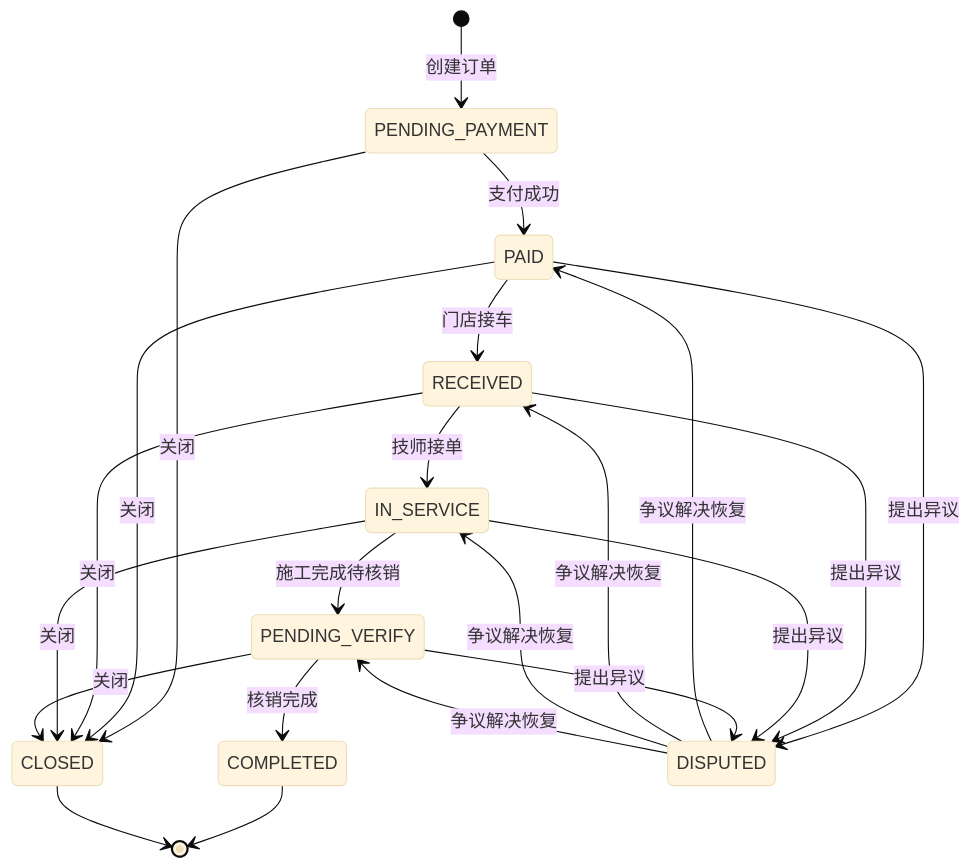
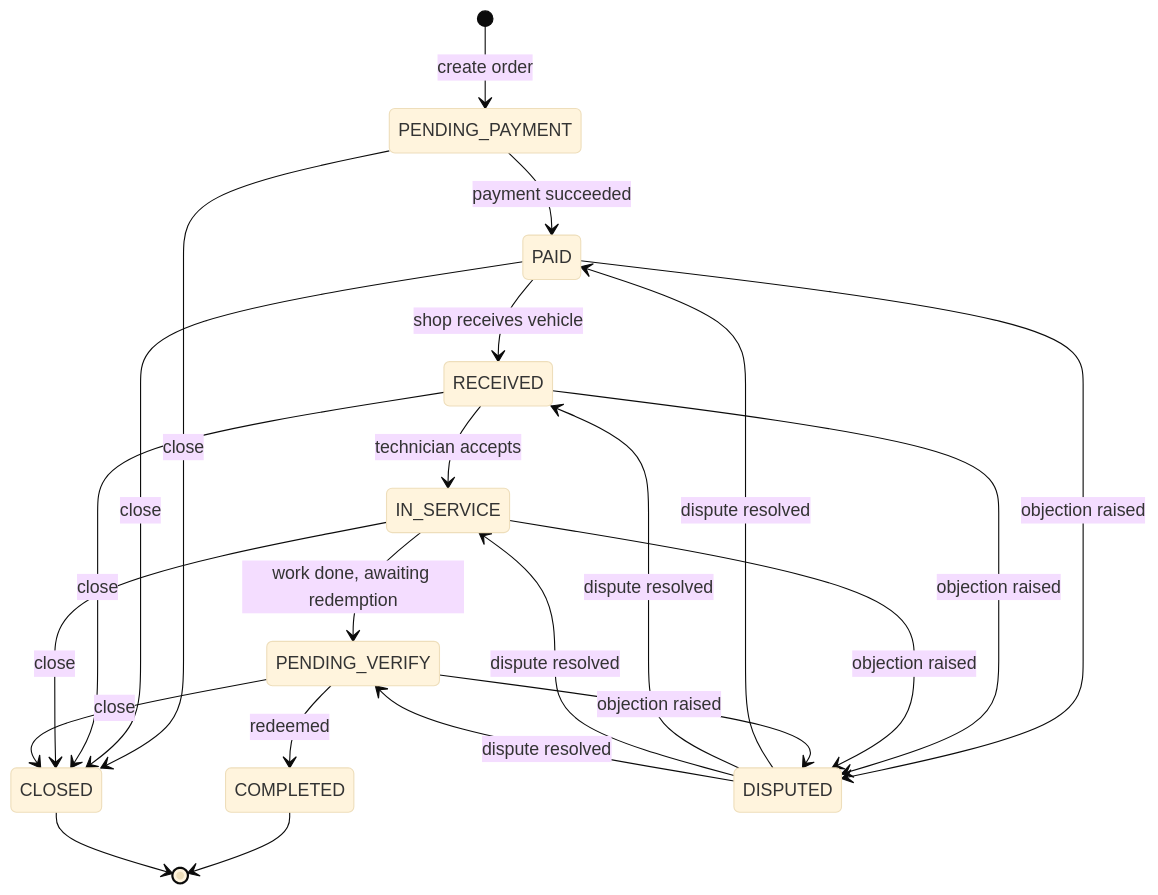
Before and after one commit to Vehicle-Health-Manager-Platform/Vehicle-Health-Manager-Platform: the fourth of 5 diagrams in README.md, drawn with Mermaid (base theme). The commit also changed other lines of this file and 1 other file, not shown here.

````diff
--- a/README.md
+++ b/README.md
@@ -493,24 +591,24 @@
 ```mermaid
 stateDiagram-v2
-    [*] --> PENDING_PAYMENT: 创建订单
-    PENDING_PAYMENT --> PAID: 支付成功
-    PAID --> RECEIVED: 门店接车
-    RECEIVED --> IN_SERVICE: 技师接单
-    IN_SERVICE --> PENDING_VERIFY: 施工完成待核销
-    PENDING_VERIFY --> COMPLETED: 核销完成
-    PENDING_PAYMENT --> CLOSED: 关闭
-    PAID --> CLOSED: 关闭
-    RECEIVED --> CLOSED: 关闭
-    IN_SERVICE --> CLOSED: 关闭
-    PENDING_VERIFY --> CLOSED: 关闭
-    PAID --> DISPUTED: 提出异议
-    RECEIVED --> DISPUTED: 提出异议
-    IN_SERVICE --> DISPUTED: 提出异议
-    PENDING_VERIFY --> DISPUTED: 提出异议
-    DISPUTED --> PAID: 争议解决恢复
-    DISPUTED --> RECEIVED: 争议解决恢复
-    DISPUTED --> IN_SERVICE: 争议解决恢复
-    DISPUTED --> PENDING_VERIFY: 争议解决恢复
+    [*] --> PENDING_PAYMENT: create order
+    PENDING_PAYMENT --> PAID: payment succeeded
+    PAID --> RECEIVED: shop receives vehicle
+    RECEIVED --> IN_SERVICE: technician accepts
+    IN_SERVICE --> PENDING_VERIFY: work done, awaiting redemption
+    PENDING_VERIFY --> COMPLETED: redeemed
+    PENDING_PAYMENT --> CLOSED: close
+    PAID --> CLOSED: close
+    RECEIVED --> CLOSED: close
+    IN_SERVICE --> CLOSED: close
+    PENDING_VERIFY --> CLOSED: close
+    PAID --> DISPUTED: objection raised
+    RECEIVED --> DISPUTED: objection raised
+    IN_SERVICE --> DISPUTED: objection raised
+    PENDING_VERIFY --> DISPUTED: objection raised
+    DISPUTED --> PAID: dispute resolved
+    DISPUTED --> RECEIVED: dispute resolved
+    DISPUTED --> IN_SERVICE: dispute resolved
+    DISPUTED --> PENDING_VERIFY: dispute resolved
     COMPLETED --> [*]
     CLOSED --> [*]
 ```
````
